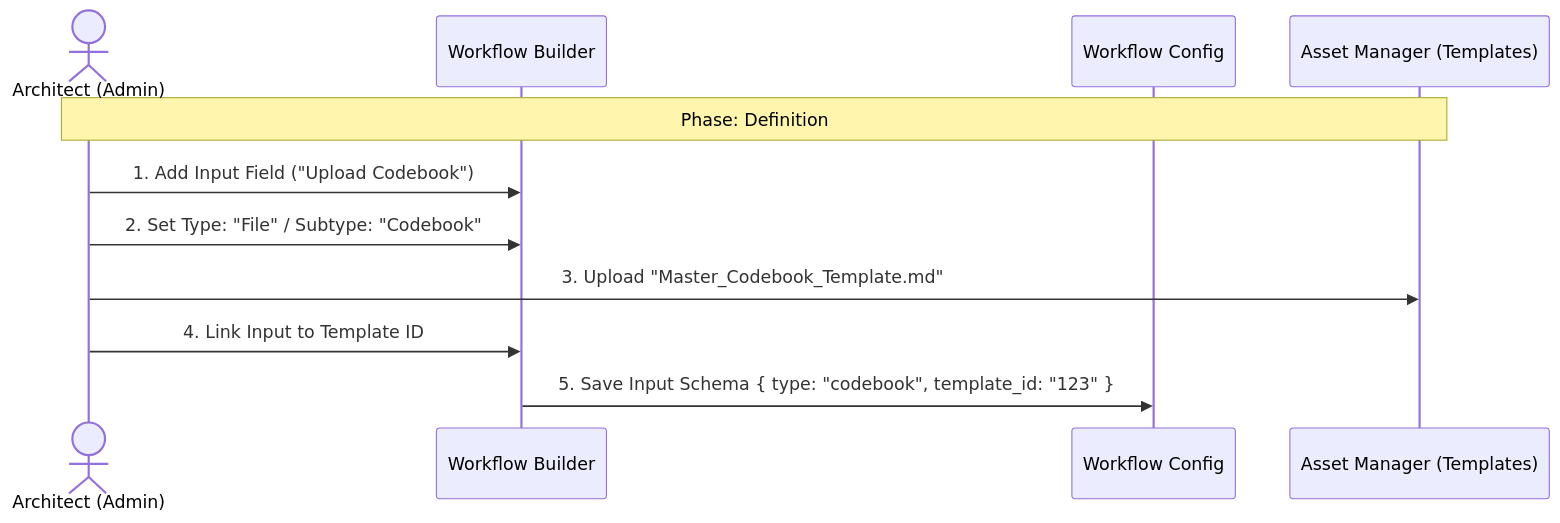
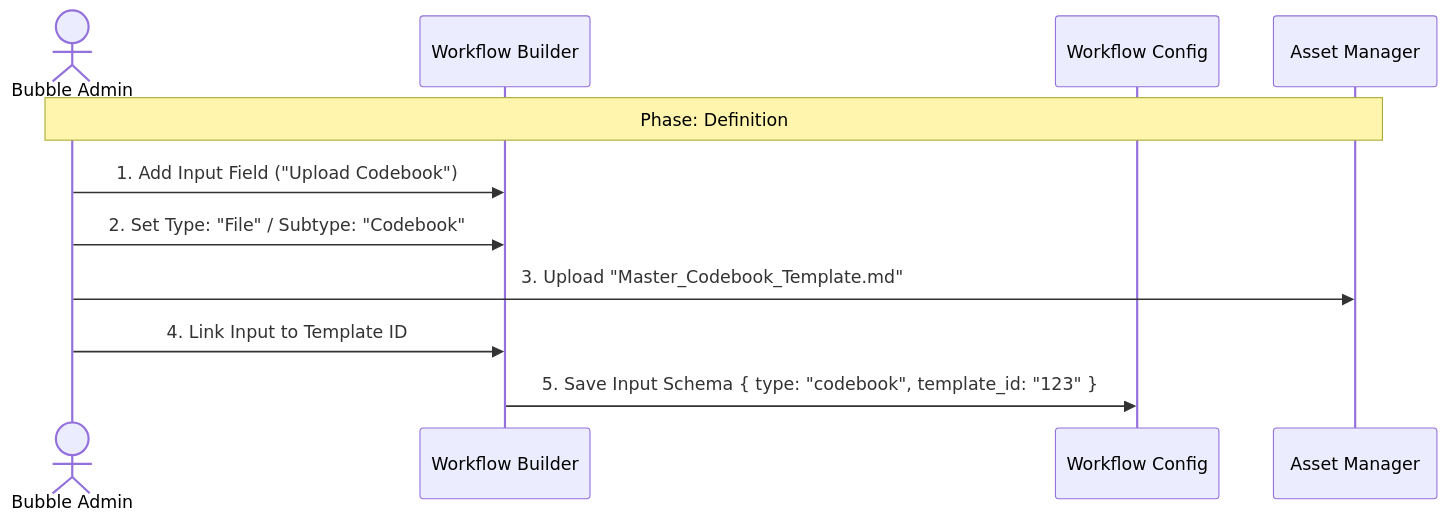
Before and after one commit to ernc-bubble-research/project_bubble: the first of 3 diagrams in _bmad-output/planning-artifacts/ux-design-specification.md, drawn with Mermaid. The commit also changed other lines of this file and 196 other files, not shown here.

````diff
--- a/_bmad-output/planning-artifacts/ux-design-specification.md
+++ b/_bmad-output/planning-artifacts/ux-design-specification.md
@@ -174,14 +1302,14 @@
 ```mermaid
 sequenceDiagram
-    actor Admin as Architect (Admin)
+    actor Admin as Bubble Admin
     participant UI as Workflow Builder
     participant DB as Workflow Config
-    participant Vault as Asset Manager (Templates)
+    participant Vault as Asset Manager
 
     Note over Admin, Vault: Phase: Definition
     Admin->>UI: 1. Add Input Field ("Upload Codebook")
     Admin->>UI: 2. Set Type: "File" / Subtype: "Codebook"
     Admin->>Vault: 3. Upload "Master_Codebook_Template.md"
     Admin->>UI: 4. Link Input to Template ID
     UI->>DB: 5. Save Input Schema { type: "codebook", template_id: "123" }
 ```
````
